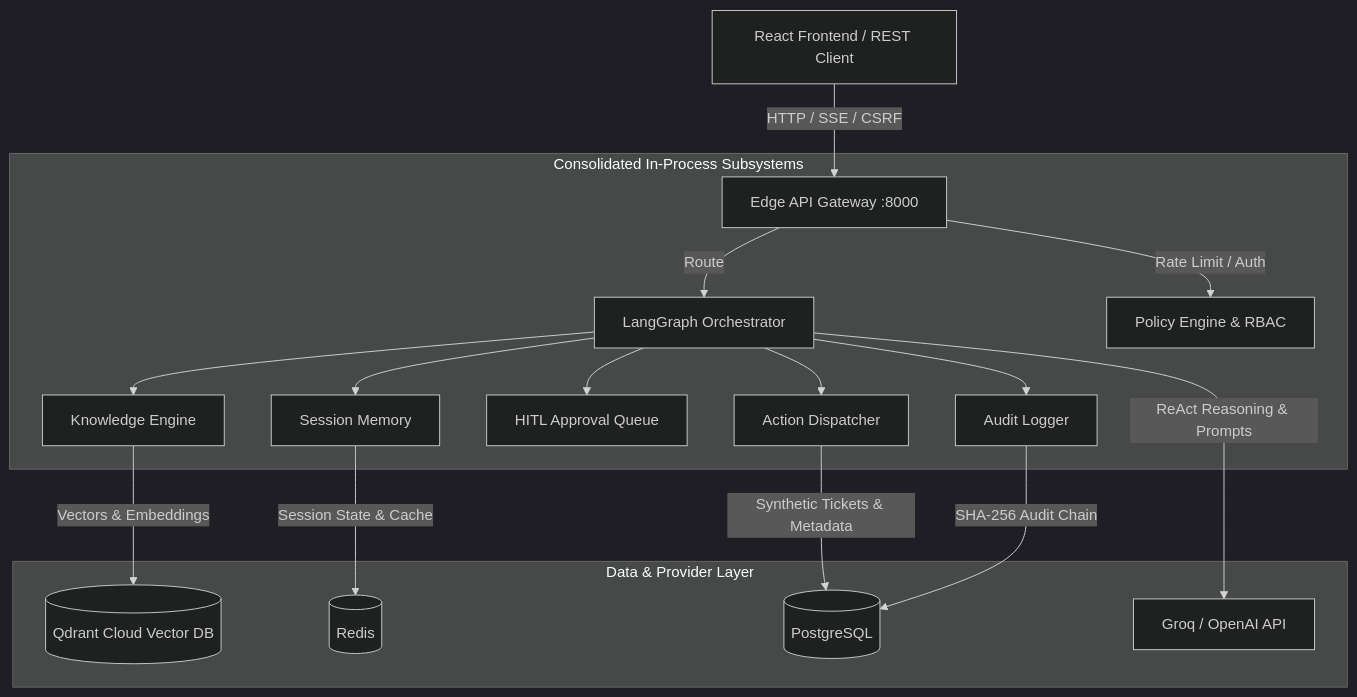
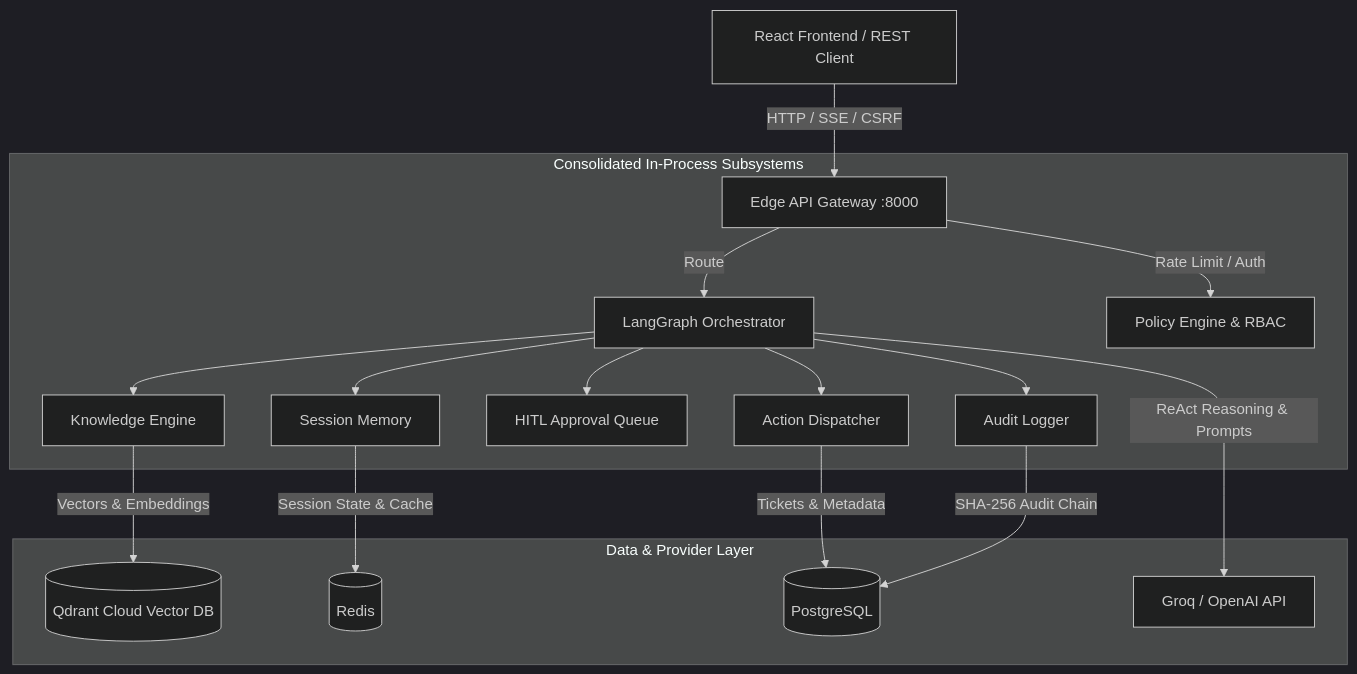
One commit to JavithNaseem-J/KRAKEN changed the first of 2 diagrams in README.md. Above: the diagram before and after it, drawn with Mermaid (dark theme). The commit also changed other lines of this file and 48 other files, not shown here.

````diff
--- a/README.md
+++ b/README.md
@@ -26,22 +26,22 @@
 ```mermaid
 graph TD
     Client[React Frontend / REST Client] -->|HTTP / SSE / CSRF| Gateway[Edge API Gateway :8000]
 
     subgraph Core["Consolidated In-Process Subsystems"]
         Gateway -->|Route| Orchestrator[LangGraph Orchestrator]
         Gateway -->|Rate Limit / Auth| Safety[Policy Engine & RBAC]
         Orchestrator --> Knowledge[Knowledge Engine]
         Orchestrator --> Action[Action Dispatcher]
         Orchestrator --> Approval[HITL Approval Queue]
         Orchestrator --> Memory[Session Memory]
         Orchestrator --> Audit[Audit Logger]
     end
 
     subgraph Infra["Data & Provider Layer"]
         Knowledge -->|Vectors & Embeddings| Qdrant[(Qdrant Cloud Vector DB)]
         Memory -->|Session State & Cache| Redis[(Redis)]
-        Action -->|Synthetic Tickets & Metadata| Postgres[(PostgreSQL)]
+        Action -->|Tickets & Metadata| Postgres[(PostgreSQL)]
         Audit -->|SHA-256 Audit Chain| Postgres
         Orchestrator -->|ReAct Reasoning & Prompts| LLM[Groq / OpenAI API]
     end
 ```
````
